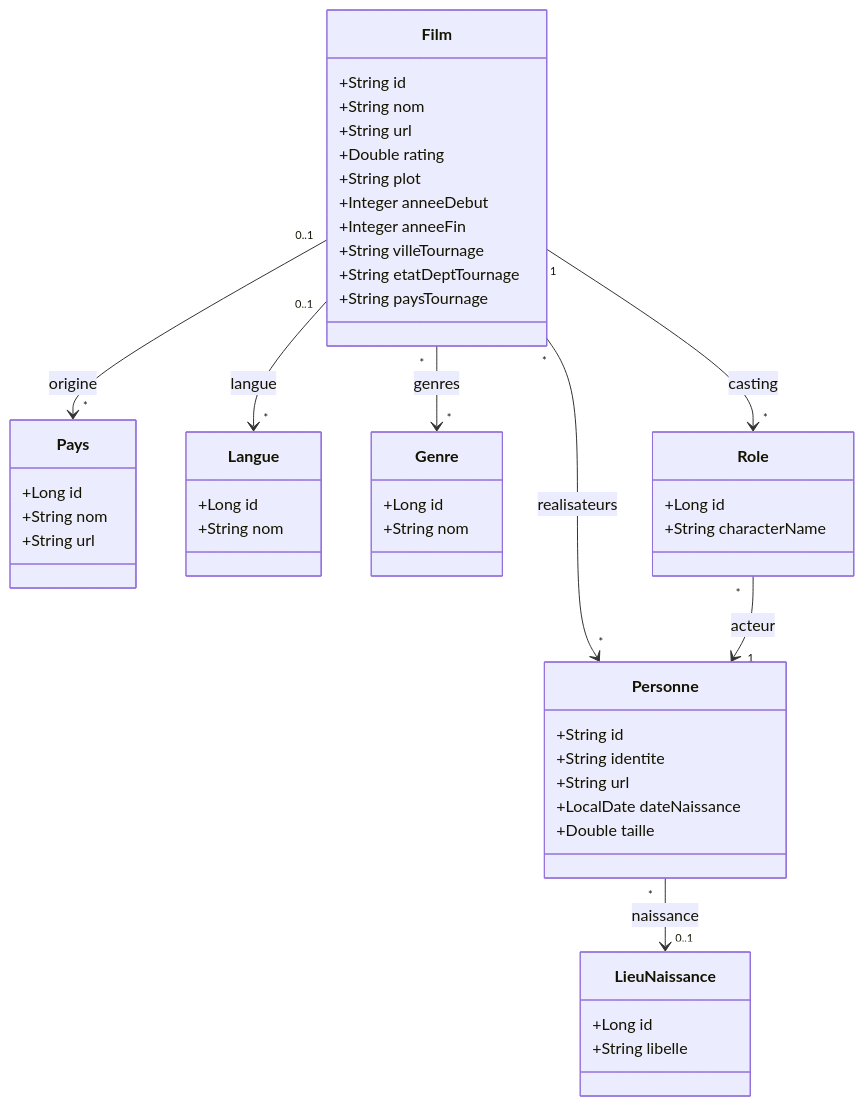
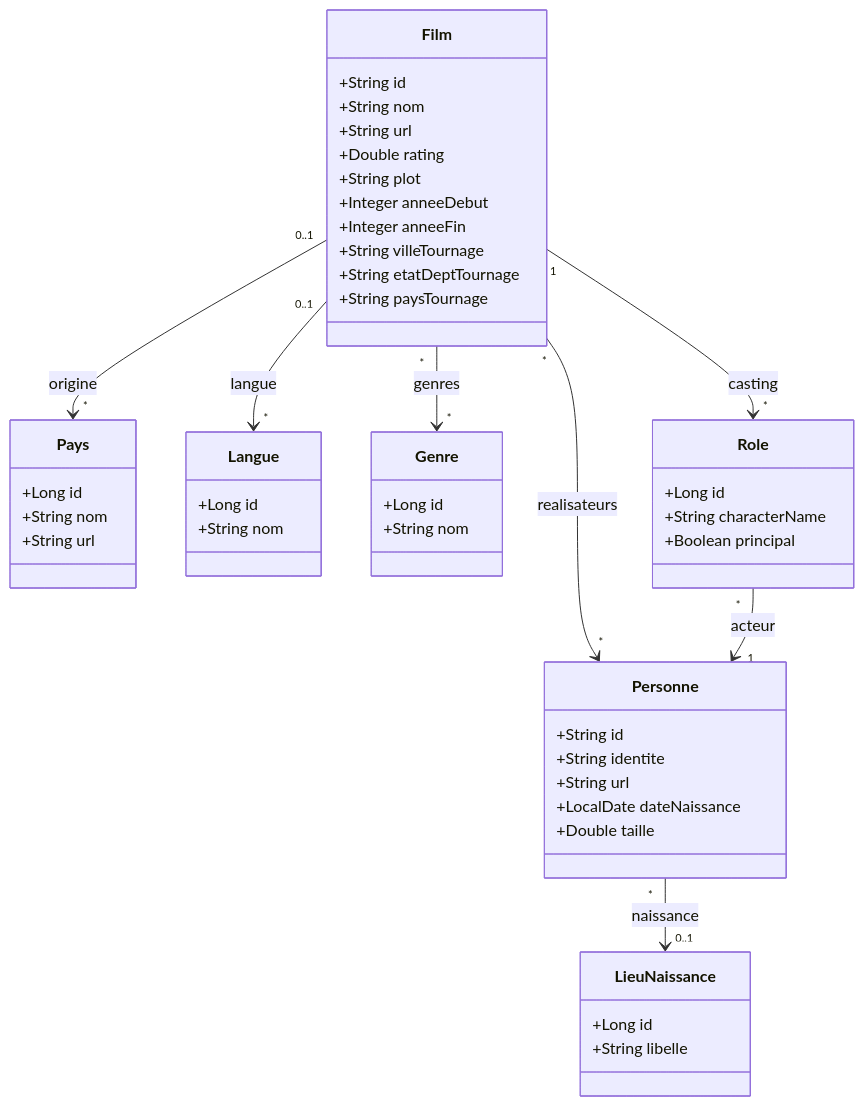
The first of 2 diagrams in conception/document_conception.md (malauzet/projet-jpa), drawn with Mermaid before and after one commit. The commit also changed other lines of this file, not shown here.

Commit message:
Ajout du castingPrincipal dans le document_conception.md

````diff
--- a/conception/document_conception.md
+++ b/conception/document_conception.md
@@ -22,57 +22,58 @@
 ```mermaid
 classDiagram
     class Film {
         +String id
         +String nom
         +String url
         +Double rating
         +String plot
         +Integer anneeDebut
         +Integer anneeFin
         +String villeTournage
         +String etatDeptTournage
         +String paysTournage
     }
 
     class Pays {
         +Long id
         +String nom
         +String url
     }
 
     class Langue {
         +Long id
         +String nom
     }
 
     class Genre {
         +Long id
         +String nom
     }
 
     class Personne {
         +String id
         +String identite
         +String url
         +LocalDate dateNaissance
         +Double taille
     }
 
     class LieuNaissance {
         +Long id
         +String libelle
     }
 
     class Role {
         +Long id
         +String characterName
+        +Boolean principal
     }
 
     Film "0..1" --> "*" Pays : origine
     Film "0..1" --> "*" Langue : langue
     Film "*" --> "*" Genre : genres
     Film "*" --> "*" Personne : realisateurs
     Film "1" --> "*" Role : casting
     Role "*" --> "1" Personne : acteur
     Personne "*" --> "0..1" LieuNaissance : naissance
 ```
````
